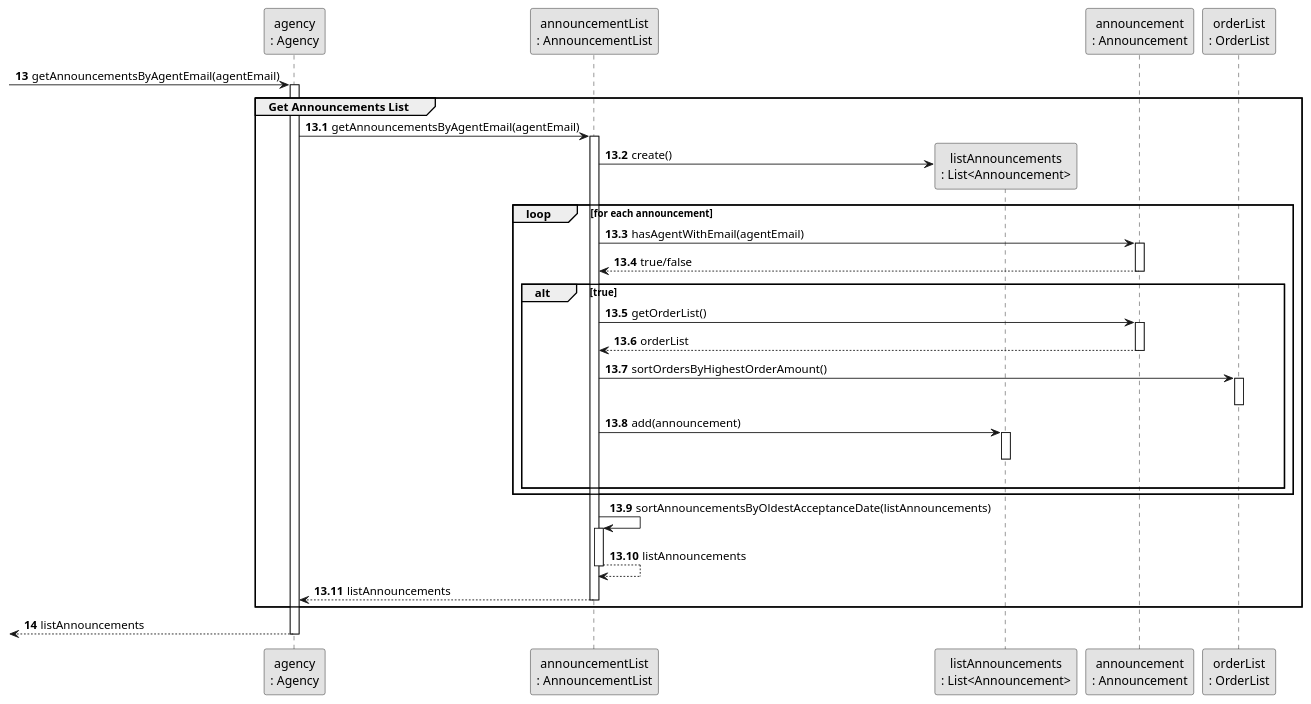
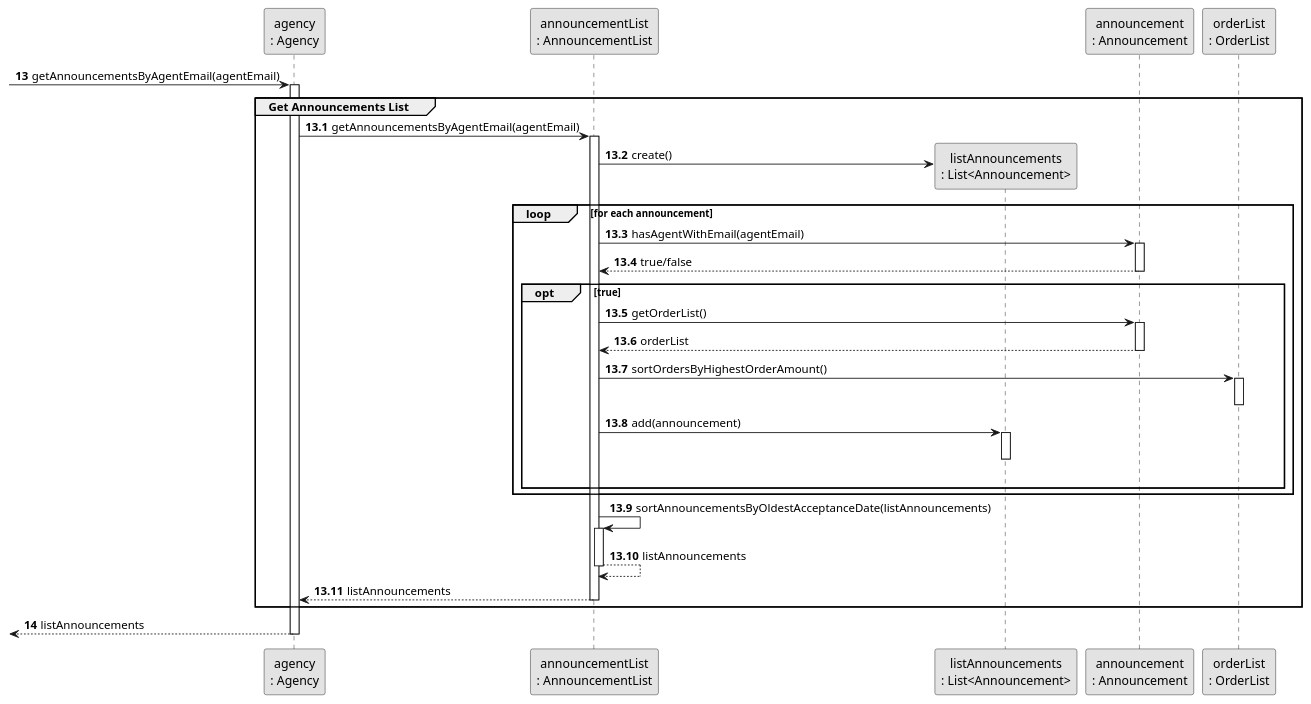
Before and after one commit to rita-barbosa/LAPR2-2223: the diagram in docs/sprintD/us011/03.design/puml/us011-sequence-diagram-partial-get-announcements-list.puml, drawn with PlantUML. The commit also changed 49 other files, not shown here.

```diff
--- a/docs/sprintD/us011/03.design/puml/us011-sequence-diagram-partial-get-announcements-list.puml
+++ b/docs/sprintD/us011/03.design/puml/us011-sequence-diagram-partial-get-announcements-list.puml
@@ -1,65 +1,65 @@
 @startuml
 skinparam monochrome true
 skinparam packageStyle rectangle
 skinparam shadowing false
 
 
  participant "agency\n: Agency" as AGENCY
  participant "announcementList\n: AnnouncementList" as AnnList
  participant "listAnnouncements\n: List<Announcement>" as AnnounceList
  participant "announcement\n: Announcement" as Announce
  participant "orderList\n: OrderList" as OrderList
 
 
 
 autonumber 13
      -> AGENCY: getAnnouncementsByAgentEmail(agentEmail)
      activate AGENCY
 
 group Get Announcements List
 autonumber 13.1
      AGENCY -> AnnList : getAnnouncementsByAgentEmail(agentEmail)
      activate AnnList
 
      AnnList -> AnnounceList**: create()
 
 
      loop for each announcement
      AnnList -> Announce : hasAgentWithEmail(agentEmail)
      activate Announce
 
      Announce --> AnnList : true/false
      deactivate Announce
 
-         alt true
+         opt true
             AnnList -> Announce : getOrderList()
             activate Announce
             Announce --> AnnList: orderList
             deactivate Announce
             AnnList -> OrderList : sortOrdersByHighestOrderAmount()
             activate OrderList
             deactivate OrderList
 
             AnnList -> AnnounceList : add(announcement)
             activate AnnounceList
             deactivate AnnounceList
 
          |||
          end alt
      end loop
      AnnList -> AnnList : sortAnnouncementsByOldestAcceptanceDate(listAnnouncements)
      activate AnnList
      AnnList --> AnnList: listAnnouncements
      deactivate AnnList
 
      AnnList --> AGENCY : listAnnouncements
      deactivate AnnList
 
 end group
 
 autonumber 14
       <-- AGENCY : listAnnouncements
      deactivate AGENCY
 
 
 @enduml
```
